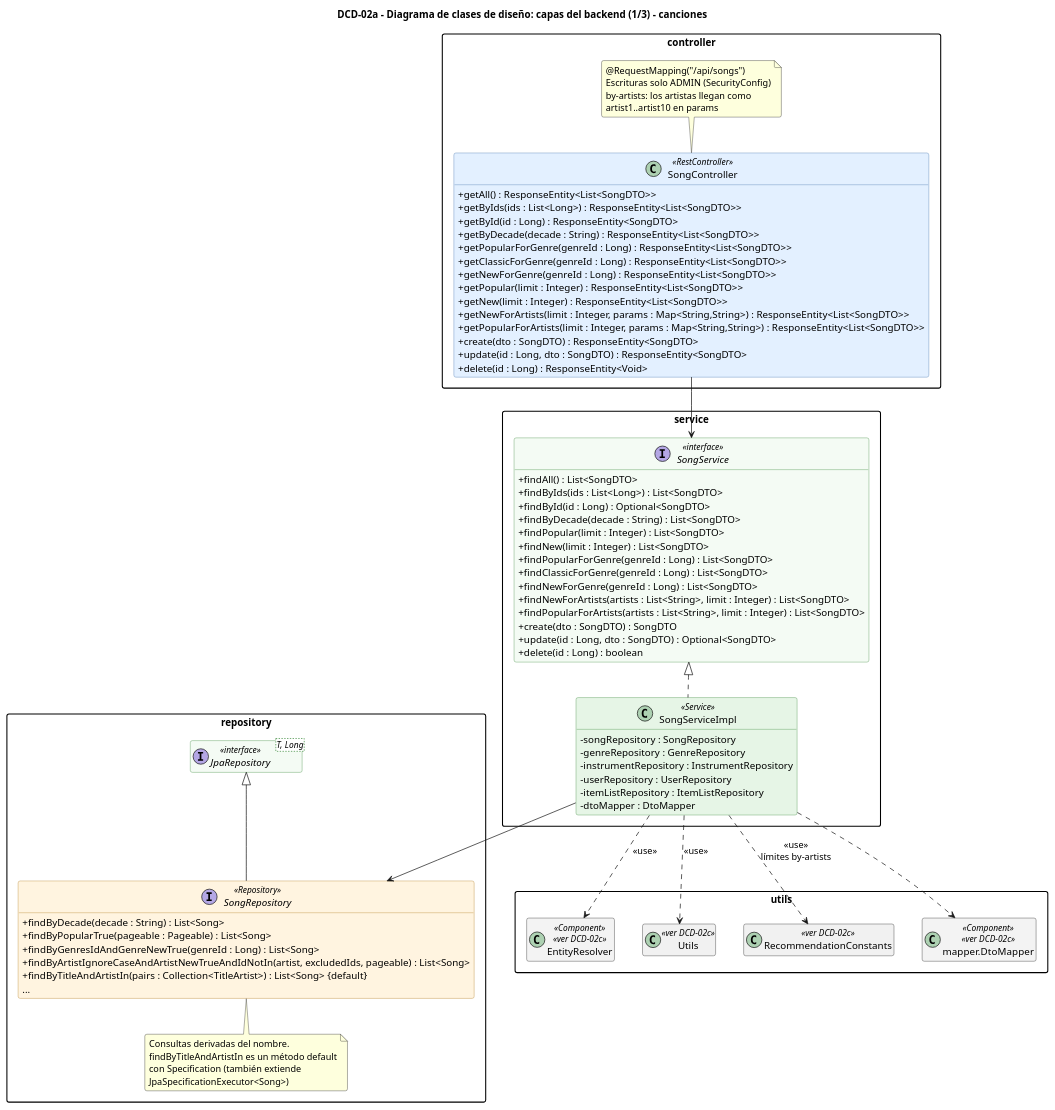
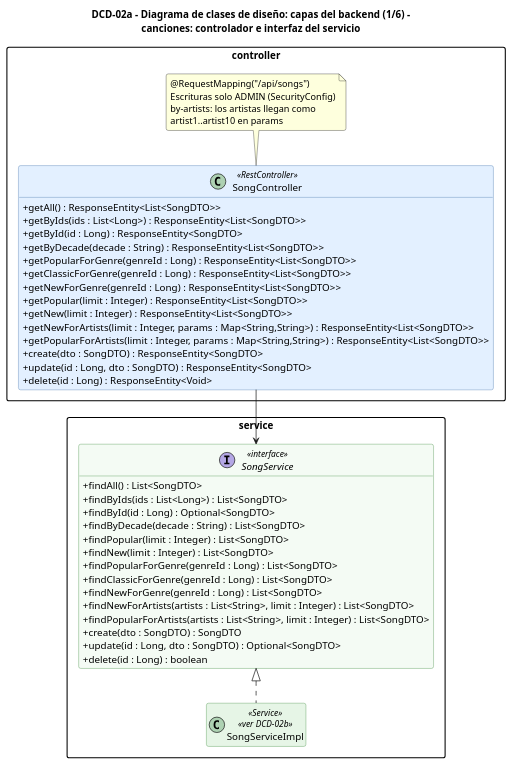
The diagram in diagrams/design_classes/DCD02a_capas_canciones.puml (adrianmahialoredo/TFG), drawn with PlantUML before and after one commit. The commit also changed 247 other files, not shown here.

```diff
--- a/diagrams/design_classes/DCD02a_capas_canciones.puml
+++ b/diagrams/design_classes/DCD02a_capas_canciones.puml
@@ -1,111 +1,78 @@
 @startuml DCD-02a
-title DCD-02a - Diagrama de clases de diseño: capas del backend (1/3) - canciones
+title DCD-02a - Diagrama de clases de diseño: capas del backend (1/6) -\ncanciones: controlador e interfaz del servicio
 
 ' Capas controller -> service -> repository, mostradas con dos recursos representativos:
-' canciones (CRUD + filtros de catálogo, DCD-02a) y listas de estudio (propiedad del usuario +
-' método de dominio, DCD-02b). Las utilidades transversales (EntityResolver, Utils, mappers,
-' GlobalExceptionHandler, RecommendationConstants) se detallan en DCD-02c.
+' canciones (CRUD + filtros de catálogo, DCD-02a/b) y listas de estudio (propiedad del
+' usuario + método de dominio, DCD-02c/d). Las utilidades transversales (EntityResolver, Utils, mappers,
+' GlobalExceptionHandler, RecommendationConstants) se detallan en DCD-02e/f.
 ' El resto de recursos (Genre, Lesson, InstrumentGenre, Chord, Tune...) siguen el mismo patrón:
 ' XController -> XService (interfaz) <|.. XServiceImpl -> XRepository extends JpaRepository<X, Long>.
-' Recomendaciones: DCD-03. Seguridad: DCD-04. Entidades: DCD-01a/b/c.
+' Recomendaciones: DCD-03. Seguridad: DCD-04. Entidades: DCD-01a-e.
 ' Reglas y nomenclatura: architecture.md §1, §3-§7.
 ' Fuentes: controller/SongController.java, service/SongService.java, SongServiceImpl.java,
 '          repository/SongRepository.java
+' Seis partes: DCD-02a/b canciones (controlador e interfaz / implementación y repositorio),
+' DCD-02c/d listas de estudio (ídem), DCD-02e manejo de errores y EntityResolver,
+' DCD-02f Utils, constantes y mappers.
 skinparam classAttributeIconSize 0
 skinparam roundcorner 6
-skinparam nodesep 40
+skinparam nodesep 20
 skinparam ranksep 50
 skinparam packageStyle rectangle
 skinparam class {
     BackgroundColor<<RestController>> #E3F0FF
     BorderColor<<RestController>> #3D6FA8
     BackgroundColor<<Service>> #E6F5E6
     BorderColor<<Service>> #3C8A3C
     BackgroundColor<<interface>> #F4FBF4
     BorderColor<<interface>> #3C8A3C
     BackgroundColor<<Repository>> #FFF4E0
     BorderColor<<Repository>> #B07A1F
     BackgroundColor<<Component>> #F3F3F3
 }
 hide empty members
 
 package "controller" {
     class SongController <<RestController>> {
         + getAll() : ResponseEntity<List<SongDTO>>
         + getByIds(ids : List<Long>) : ResponseEntity<List<SongDTO>>
         + getById(id : Long) : ResponseEntity<SongDTO>
         + getByDecade(decade : String) : ResponseEntity<List<SongDTO>>
         + getPopularForGenre(genreId : Long) : ResponseEntity<List<SongDTO>>
         + getClassicForGenre(genreId : Long) : ResponseEntity<List<SongDTO>>
         + getNewForGenre(genreId : Long) : ResponseEntity<List<SongDTO>>
         + getPopular(limit : Integer) : ResponseEntity<List<SongDTO>>
         + getNew(limit : Integer) : ResponseEntity<List<SongDTO>>
         + getNewForArtists(limit : Integer, params : Map<String,String>) : ResponseEntity<List<SongDTO>>
         + getPopularForArtists(limit : Integer, params : Map<String,String>) : ResponseEntity<List<SongDTO>>
         + create(dto : SongDTO) : ResponseEntity<SongDTO>
         + update(id : Long, dto : SongDTO) : ResponseEntity<SongDTO>
         + delete(id : Long) : ResponseEntity<Void>
     }
     note top of SongController : @RequestMapping("/api/songs")\nEscrituras solo ADMIN (SecurityConfig)\nby-artists: los artistas llegan como\nartist1..artist10 en params
-
 }
 
 package "service" {
     interface SongService <<interface>> {
         + findAll() : List<SongDTO>
         + findByIds(ids : List<Long>) : List<SongDTO>
         + findById(id : Long) : Optional<SongDTO>
         + findByDecade(decade : String) : List<SongDTO>
         + findPopular(limit : Integer) : List<SongDTO>
         + findNew(limit : Integer) : List<SongDTO>
         + findPopularForGenre(genreId : Long) : List<SongDTO>
         + findClassicForGenre(genreId : Long) : List<SongDTO>
         + findNewForGenre(genreId : Long) : List<SongDTO>
         + findNewForArtists(artists : List<String>, limit : Integer) : List<SongDTO>
         + findPopularForArtists(artists : List<String>, limit : Integer) : List<SongDTO>
         + create(dto : SongDTO) : SongDTO
         + update(id : Long, dto : SongDTO) : Optional<SongDTO>
         + delete(id : Long) : boolean
     }
-
-    class SongServiceImpl <<Service>> {
-        - songRepository : SongRepository
-        - genreRepository : GenreRepository
-        - instrumentRepository : InstrumentRepository
-        - userRepository : UserRepository
-        - itemListRepository : ItemListRepository
-        - dtoMapper : DtoMapper
-    }
-}
-
-package "repository" {
-    interface "JpaRepository<T, Long>" as JpaRepository <<interface>>
-
-    interface SongRepository <<Repository>> {
-        + findByDecade(decade : String) : List<Song>
-        + findByPopularTrue(pageable : Pageable) : List<Song>
-        + findByGenresIdAndGenreNewTrue(genreId : Long) : List<Song>
-        + findByArtistIgnoreCaseAndArtistNewTrueAndIdNotIn(artist, excludedIds, pageable) : List<Song>
-        + findByTitleAndArtistIn(pairs : Collection<TitleArtist>) : List<Song> {default}
-        {method} ...
-    }
-    note bottom of SongRepository : Consultas derivadas del nombre.\nfindByTitleAndArtistIn es un método default\ncon Specification (también extiende\nJpaSpecificationExecutor<Song>)
-}
-
-package "utils" {
-    class EntityResolver <<Component>> <<ver DCD-02c>>
-    class Utils <<ver DCD-02c>>
-    class RecommendationConstants <<ver DCD-02c>>
-    class "mapper.DtoMapper" as DtoMapper <<Component>> <<ver DCD-02c>>
+    class SongServiceImpl <<Service>> <<ver DCD-02b>>
 }
 
 SongController --> SongService
 SongService <|.. SongServiceImpl
-SongServiceImpl --> SongRepository
-SongServiceImpl ..> DtoMapper
-SongServiceImpl ..> EntityResolver : <<use>>
-SongServiceImpl ..> Utils : <<use>>
-SongServiceImpl ..> RecommendationConstants : <<use>>\nlímites by-artists
-JpaRepository <|-- SongRepository
 
 @enduml
```
